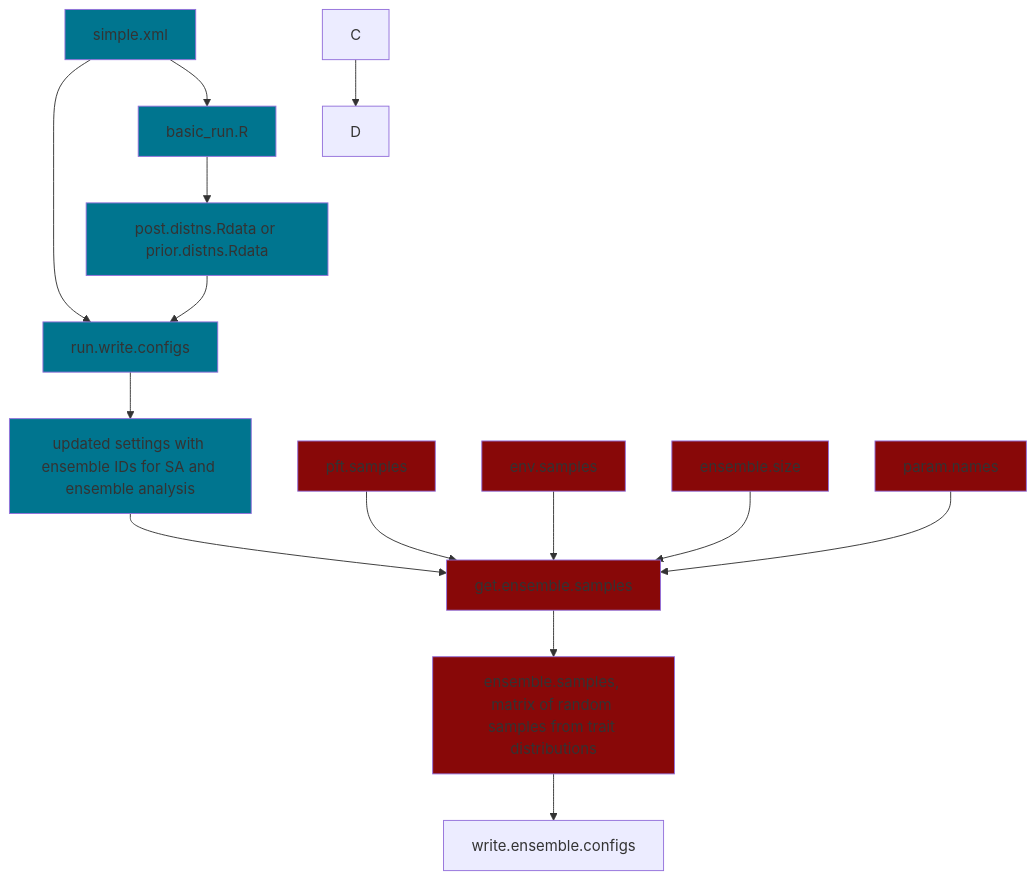
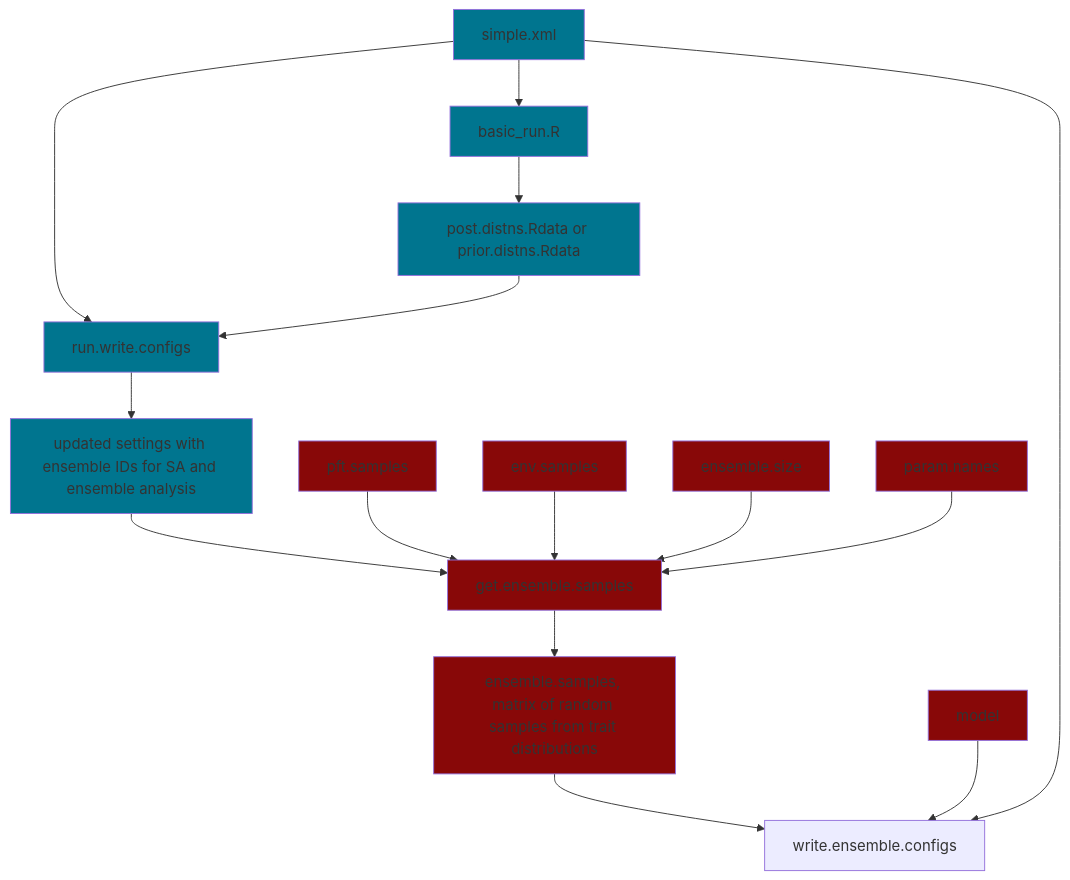
The diagram in README.md (ecamo19/gsoc_project_2022_vm), drawn with Mermaid before and after one commit. The commit also changed other lines of this file, not shown here.

````diff
--- a/README.md
+++ b/README.md
@@ -50,32 +49,35 @@
 ```mermaid
   graph TD;
       simple.xml-->run.write.configs;
       simple.xml-->basic_run.R;
       basic_run.R-->posterior.files[post.distns.Rdata or prior.distns.Rdata];
       posterior.files[post.distns.Rdata or prior.distns.Rdata]-->run.write.configs;
       run.write.configs-->output_1[updated settings with ensemble IDs for SA and ensemble analysis ];
       output_1[updated settings with ensemble IDs for SA and ensemble analysis]-->get.ensemble.samples;
       input_get_ensemble_1[pft.samples]-->get.ensemble.samples;
       input_get_ensemble_2[env.samples]-->get.ensemble.samples;
       input_get_ensemble_3[ensemble.size]-->get.ensemble.samples;
       input_get_ensemble_4[param.names]-->get.ensemble.samples;
       get.ensemble.samples--> output_get_ensemble[ensemble.samples, matrix of random samples from trait distributions];
       output_get_ensemble[ensemble.samples, matrix of random samples from trait distributions]-->write.ensemble.configs;
-      C-->D;
+      model-->write.ensemble.configs;
+      simple.xml-->write.ensemble.configs;
       
      
       style basic_run.R fill:#00758f
       style output_1 fill:#00758f
       style run.write.configs fill:#00758f
       style simple.xml fill:#00758f
       style posterior.files fill:#00758f
       
+      
   
       style input_get_ensemble_1 fill:#880808
       style input_get_ensemble_2 fill:#880808
       style input_get_ensemble_3 fill:#880808
       style input_get_ensemble_4 fill:#880808
       style get.ensemble.samples fill:#880808
       style output_get_ensemble  fill:#880808 
+      style model fill:#880808 
       
 ```
````
